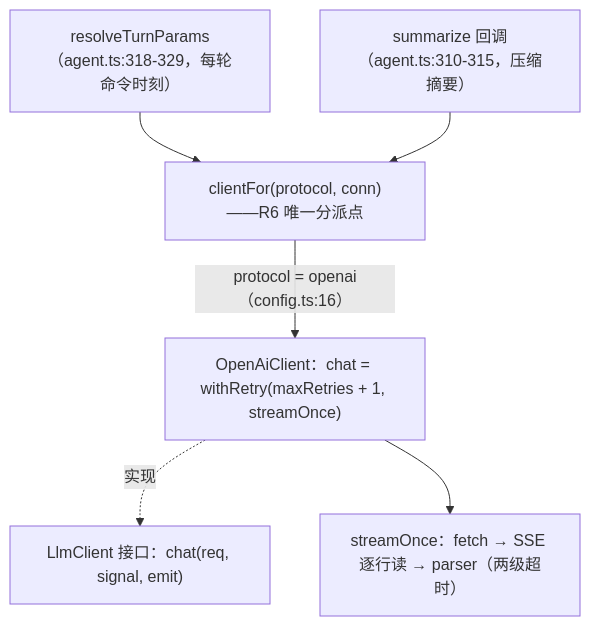
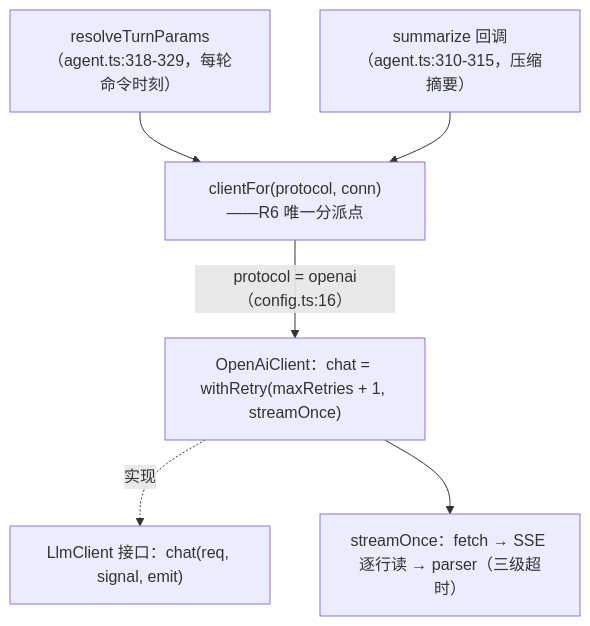
Before and after one commit to Doggez1G/DogEggAgent: the first of 3 diagrams in docs/versions/0.2/02-设计实现/03-LLM接入层.md, drawn with Mermaid. The commit also changed other lines of this file and 10 other files, not shown here.

````diff
--- a/docs/versions/0.2/02-设计实现/03-LLM接入层.md
+++ b/docs/versions/0.2/02-设计实现/03-LLM接入层.md
@@ -108,14 +108,14 @@
 ```mermaid
 flowchart TD
   RP["resolveTurnParams（agent.ts:318-329，每轮命令时刻）"]
   SC["summarize 回调（agent.ts:310-315，压缩摘要）"]
   CF["clientFor(protocol, conn)——R6 唯一分派点"]
   OC["OpenAiClient：chat = withRetry(maxRetries + 1, streamOnce)"]
   IF["LlmClient 接口：chat(req, signal, emit)"]
-  SO["streamOnce：fetch → SSE 逐行读 → parser（两级超时）"]
+  SO["streamOnce：fetch → SSE 逐行读 → parser（三级超时）"]
   RP --> CF
   SC --> CF
   CF -- "protocol = openai（config.ts:16）" --> OC
   OC -.实现.-> IF
   OC --> SO
 ```
````
